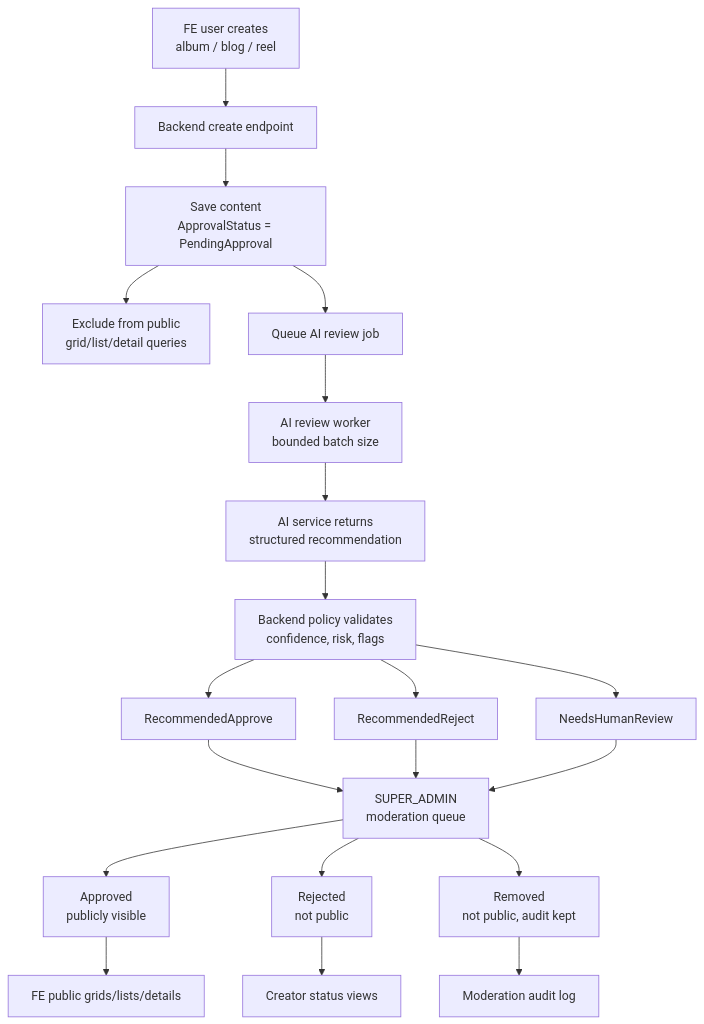
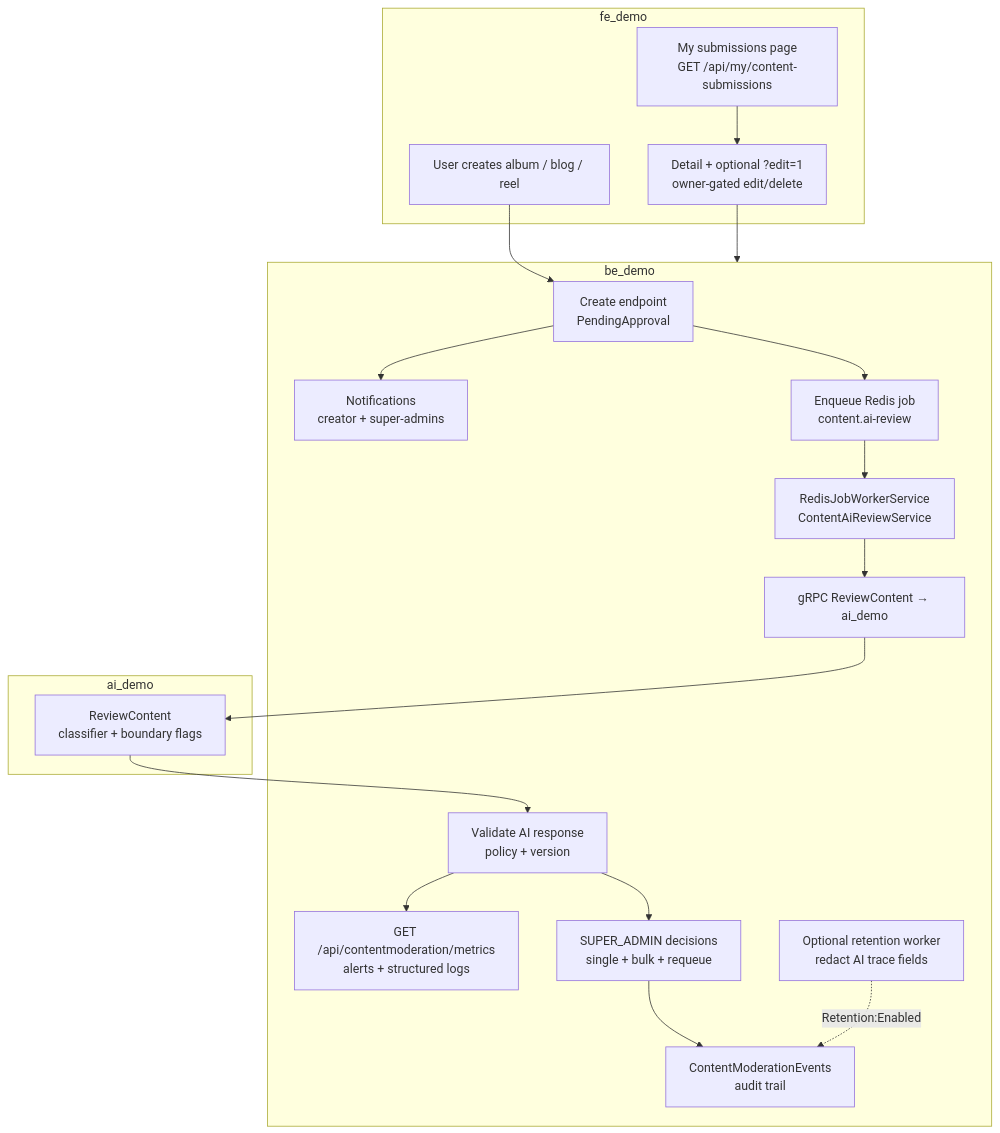
The diagram in docs/guides/ai-assisted-content-approval.md (01laky/mfai_demo), drawn with Mermaid before and after one commit. The commit also changed other lines of this file and 7 other files, not shown here.

````diff
--- a/docs/guides/ai-assisted-content-approval.md
+++ b/docs/guides/ai-assisted-content-approval.md
@@ -82,27 +70,39 @@
 ```mermaid
 flowchart TD
-    user["FE user creates<br/>album / blog / reel"] --> create["Backend create endpoint"]
-    create --> pending["Save content<br/>ApprovalStatus = PendingApproval"]
-    pending --> hidden["Exclude from public<br/>grid/list/detail queries"]
-    pending --> queue["Queue AI review job"]
+    subgraph fe["fe_demo"]
+        U["User creates album / blog / reel"]
+        MS["My submissions page<br/>GET /api/my/content-submissions"]
+        D["Detail + optional ?edit=1<br/>owner-gated edit/delete"]
+    end
 
-    queue --> worker["AI review worker<br/>bounded batch size"]
-    worker --> ai["AI service returns<br/>structured recommendation"]
-    ai --> policy["Backend policy validates<br/>confidence, risk, flags"]
+    subgraph be["be_demo"]
+        C["Create endpoint<br/>PendingApproval"]
+        N["Notifications<br/>creator + super-admins"]
+        J["Enqueue Redis job<br/>content.ai-review"]
+        W["RedisJobWorkerService<br/>ContentAiReviewService"]
+        G["gRPC ReviewContent → ai_demo"]
+        V["Validate AI response<br/>policy + version"]
+        M["GET /api/contentmoderation/metrics<br/>alerts + structured logs"]
+        A["SUPER_ADMIN decisions<br/>single + bulk + requeue"]
+        E["ContentModerationEvents<br/>audit trail"]
+        R["Optional retention worker<br/>redact AI trace fields"]
+    end
 
-    policy --> approveRec["RecommendedApprove"]
-    policy --> rejectRec["RecommendedReject"]
-    policy --> human["NeedsHumanReview"]
+    subgraph ai["ai_demo"]
+        RC["ReviewContent<br/>classifier + boundary flags"]
+    end
 
-    approveRec --> admin["SUPER_ADMIN<br/>moderation queue"]
-    rejectRec --> admin
-    human --> admin
-
-    admin --> approved["Approved<br/>publicly visible"]
-    admin --> rejected["Rejected<br/>not public"]
-    admin --> removed["Removed<br/>not public, audit kept"]
-
-    approved --> publicViews["FE public grids/lists/details"]
-    rejected --> creatorViews["Creator status views"]
-    removed --> audit["Moderation audit log"]
+    U --> C
+    C --> N
+    C --> J
+    J --> W
+    W --> G
+    G --> RC
+    RC --> V
+    V --> M
+    V --> A
+    A --> E
+    MS --> D
+    D --> be
+    R -.->|"Retention:Enabled"| E
 ```
````
